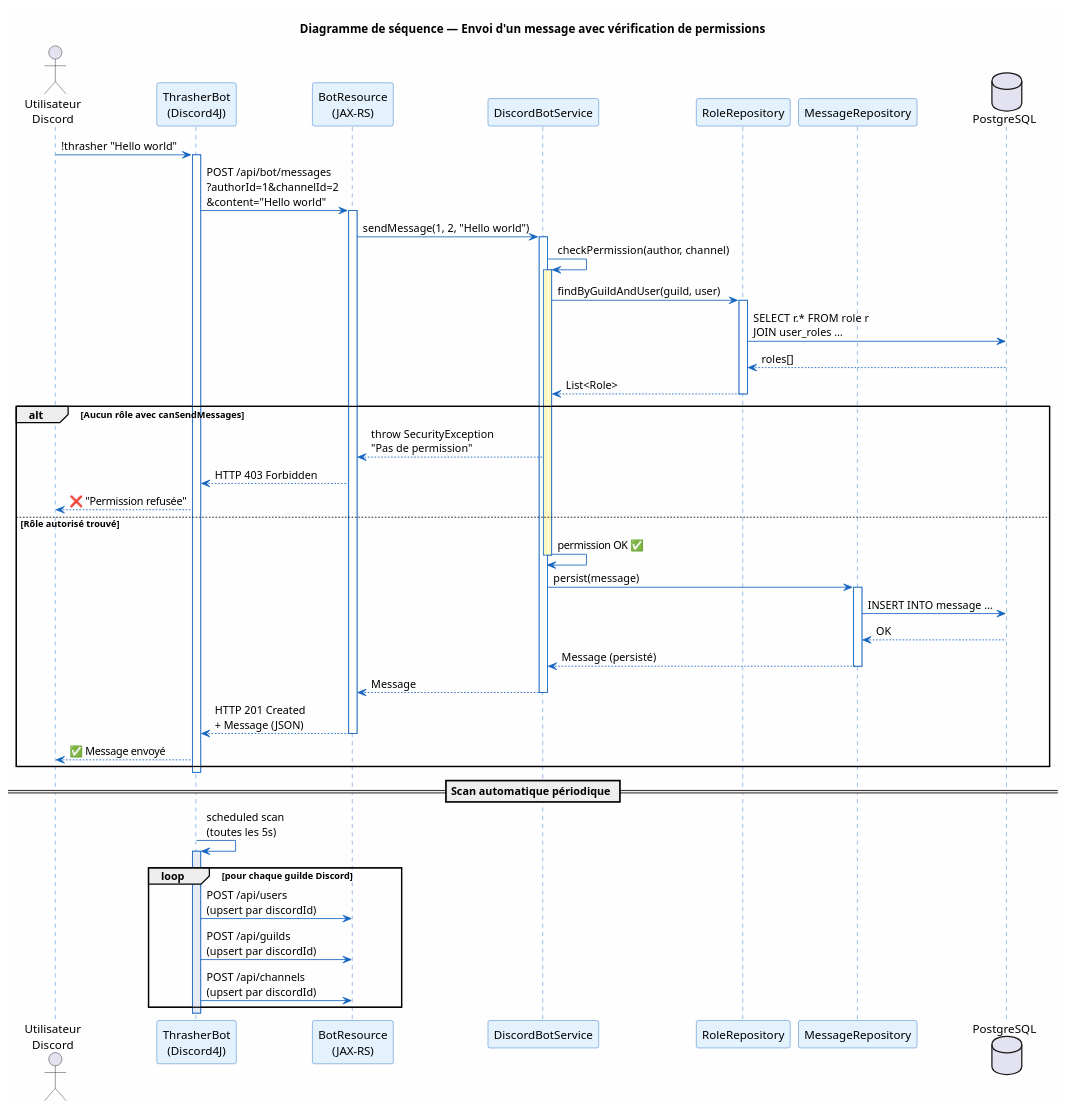
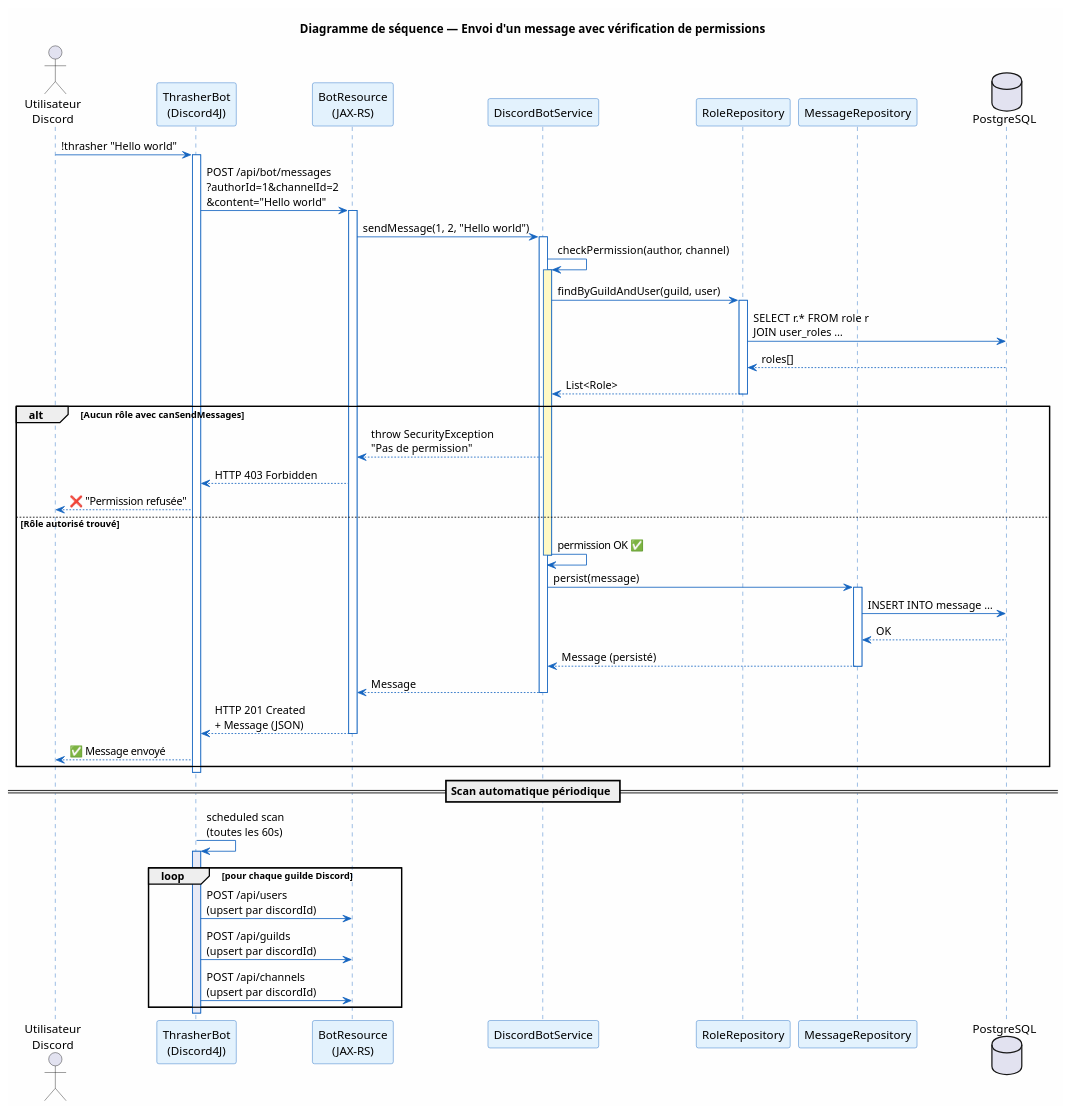
Before and after one commit to DPTINFO-M2-2026/tp-fil-rouge-YacineCC: the diagram in docs/sequence-send-message.puml, drawn with PlantUML. The commit also changed 6 other files, not shown here.

Commit message:
docs: mise à jour diagrammes et READMEs (nouvelles commandes modération, fix healthcheck, scan 60s)

```diff
--- a/docs/sequence-send-message.puml
+++ b/docs/sequence-send-message.puml
@@ -1,79 +1,79 @@
 @startuml Séquence — Envoi d'un message via le Bot
 
 skinparam backgroundColor #FEFEFE
 skinparam sequence {
     ArrowColor #1565C0
     LifeLineBorderColor #1565C0
     ParticipantBackgroundColor #E3F2FD
     ParticipantBorderColor #1565C0
 }
 
 title Diagramme de séquence — Envoi d'un message avec vérification de permissions
 
 actor "Utilisateur\nDiscord" as U
 participant "ThrasherBot\n(Discord4J)" as Bot
 participant "BotResource\n(JAX-RS)" as BR
 participant "DiscordBotService" as DS
 participant "RoleRepository" as RR
 participant "MessageRepository" as MR
 database "PostgreSQL" as DB
 
 U -> Bot : !thrasher "Hello world"
 activate Bot
 
 Bot -> BR : POST /api/bot/messages\n?authorId=1&channelId=2\n&content="Hello world"
 activate BR
 
 BR -> DS : sendMessage(1, 2, "Hello world")
 activate DS
 
 DS -> DS : checkPermission(author, channel)
 activate DS #FFF9C4
 
 DS -> RR : findByGuildAndUser(guild, user)
 activate RR
 RR -> DB : SELECT r.* FROM role r\nJOIN user_roles …
 DB --> RR : roles[]
 RR --> DS : List<Role>
 deactivate RR
 
 alt Aucun rôle avec canSendMessages
     DS --> BR : throw SecurityException\n"Pas de permission"
     BR --> Bot : HTTP 403 Forbidden
     Bot --> U : ❌ "Permission refusée"
 else Rôle autorisé trouvé
     DS -> DS : permission OK ✅
     deactivate DS
 
     DS -> MR : persist(message)
     activate MR
     MR -> DB : INSERT INTO message …
     DB --> MR : OK
     MR --> DS : Message (persisté)
     deactivate MR
 
     DS --> BR : Message
     deactivate DS
 
     BR --> Bot : HTTP 201 Created\n+ Message (JSON)
     deactivate BR
 
     Bot --> U : ✅ Message envoyé
 end
 
 deactivate Bot
 
 == Scan automatique périodique ==
 
-Bot -> Bot : scheduled scan\n(toutes les 5s)
+Bot -> Bot : scheduled scan\n(toutes les 60s)
 activate Bot #E8EAF6
 
 loop pour chaque guilde Discord
     Bot -> BR : POST /api/users\n(upsert par discordId)
     Bot -> BR : POST /api/guilds\n(upsert par discordId)
     Bot -> BR : POST /api/channels\n(upsert par discordId)
 end
 
 deactivate Bot
 
 @enduml
```
